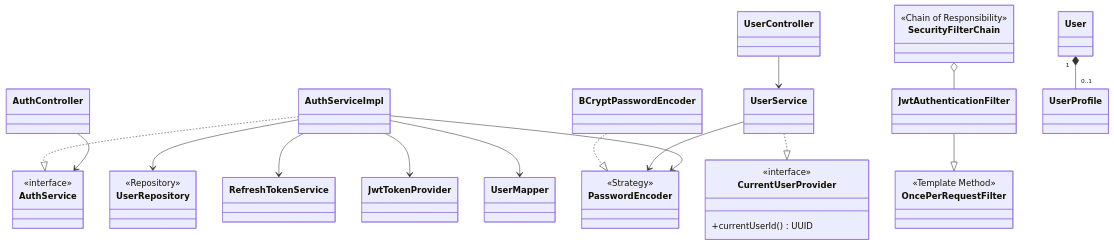
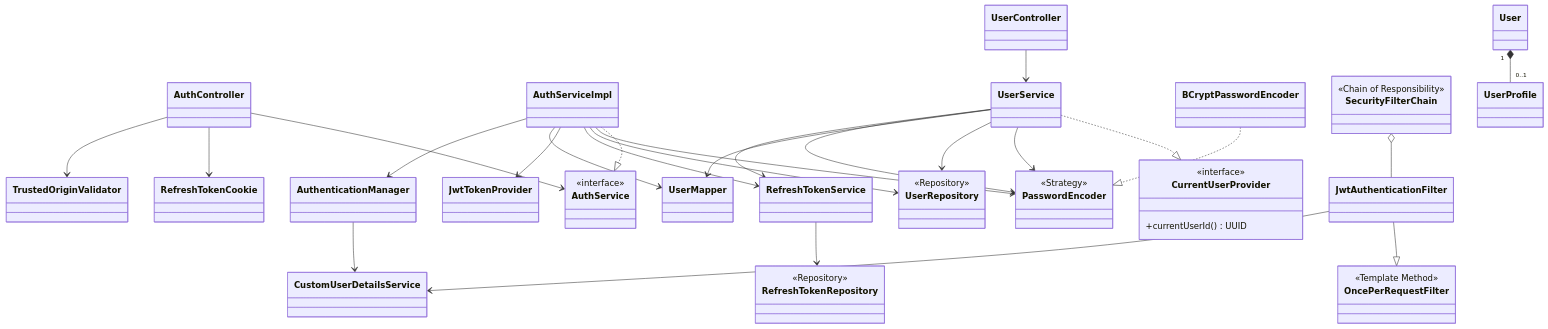
The diagram in doc/V1/DESIGN/petpinyo-design.md (lillianxhub/freelance-hub), drawn with Mermaid before and after one commit. The commit also changed other lines of this file and 4 other files, not shown here.

Commit message:
refactor: update CI/CD and use case documentation for authentication and user/profile features

````diff
--- a/doc/V1/DESIGN/petpinyo-design.md
+++ b/doc/V1/DESIGN/petpinyo-design.md
@@ -28,48 +28,65 @@
 ```mermaid
 classDiagram
     class AuthController
     class UserController
     class AuthService {
         <<interface>>
     }
     class AuthServiceImpl
     class CurrentUserProvider {
         <<interface>>
         +currentUserId() UUID
     }
     class UserService
     class PasswordEncoder {
         <<Strategy>>
     }
     class BCryptPasswordEncoder
     class OncePerRequestFilter {
         <<Template Method>>
     }
     class JwtAuthenticationFilter
     class SecurityFilterChain {
         <<Chain of Responsibility>>
     }
     class UserRepository {
         <<Repository>>
     }
+    class RefreshTokenRepository {
+        <<Repository>>
+    }
+    class AuthenticationManager
+    class CustomUserDetailsService
+    class RefreshTokenCookie
+    class TrustedOriginValidator
     class RefreshTokenService
     class JwtTokenProvider
     class UserMapper
     class User
     class UserProfile
 
     AuthController --> AuthService
+    AuthController --> RefreshTokenCookie
+    AuthController --> TrustedOriginValidator
     AuthServiceImpl ..|> AuthService
     UserController --> UserService
     UserService ..|> CurrentUserProvider
     AuthServiceImpl --> PasswordEncoder
     UserService --> PasswordEncoder
     BCryptPasswordEncoder ..|> PasswordEncoder
     JwtAuthenticationFilter --|> OncePerRequestFilter
     SecurityFilterChain o-- JwtAuthenticationFilter
     AuthServiceImpl --> UserRepository
     AuthServiceImpl --> RefreshTokenService
     AuthServiceImpl --> JwtTokenProvider
     AuthServiceImpl --> UserMapper
+    AuthServiceImpl --> AuthenticationManager
+    AuthenticationManager --> CustomUserDetailsService
+    UserService --> UserRepository
+    UserService --> UserMapper
+    UserService --> PasswordEncoder
+    UserService --> RefreshTokenService
+    RefreshTokenService --> RefreshTokenRepository
+    JwtAuthenticationFilter --> CustomUserDetailsService
     User "1" *-- "0..1" UserProfile
 ```
````
